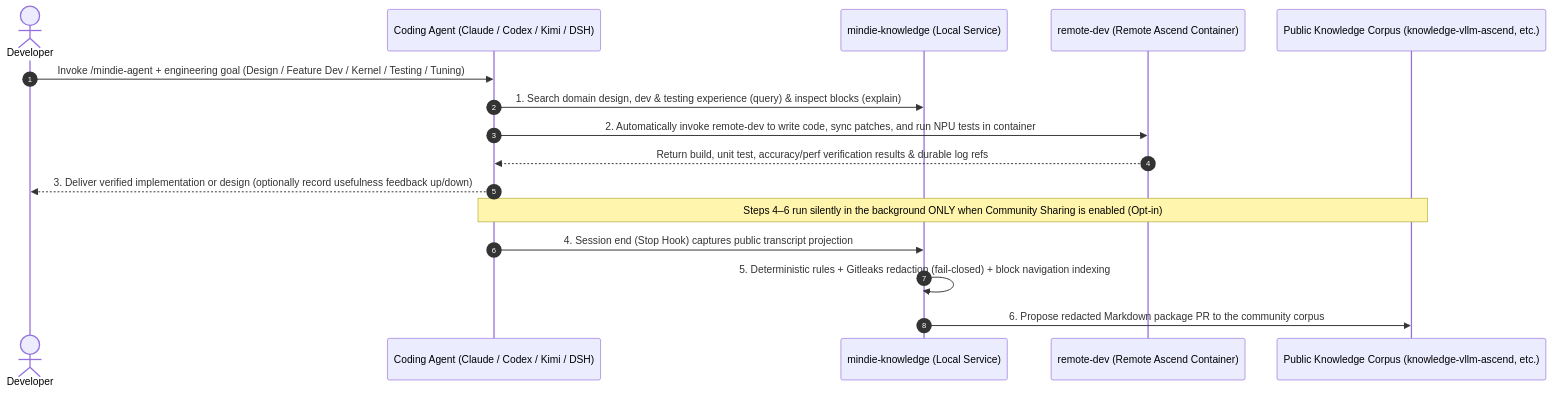
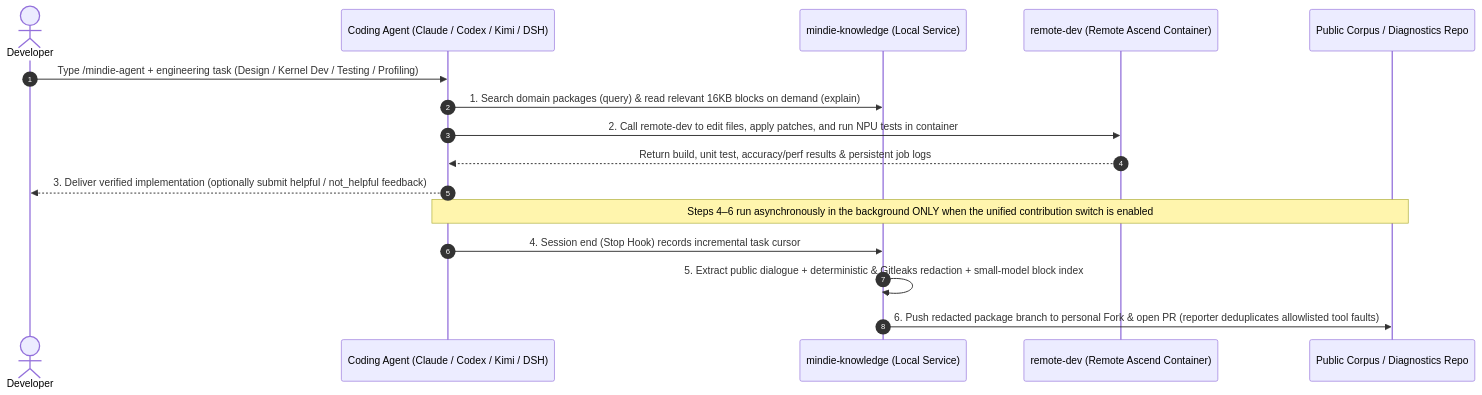
One commit to grandolantow/mindie-agent changed the second of 2 diagrams in README.en.md. Above: the diagram before and after it, drawn with Mermaid. The commit also changed other lines of this file and 15 other files, not shown here.

````diff
--- a/README.en.md
+++ b/README.en.md
@@ -219,19 +224,19 @@
 ```mermaid
 sequenceDiagram
   autonumber
   actor Dev as Developer
   participant Agent as Coding Agent (Claude / Codex / Kimi / DSH)
   participant Know as mindie-knowledge (Local Service)
   participant NPU as remote-dev (Remote Ascend Container)
-  participant Repo as Public Knowledge Corpus (knowledge-vllm-ascend, etc.)
+  participant Repo as Public Corpus / Diagnostics Repo
 
-  Dev->>Agent: Invoke /mindie-agent + engineering goal (Design / Feature Dev / Kernel / Testing / Tuning)
-  Agent->>Know: 1. Search domain design, dev & testing experience (query) & inspect blocks (explain)
-  Agent->>NPU: 2. Automatically invoke remote-dev to write code, sync patches, and run NPU tests in container
-  NPU-->>Agent: Return build, unit test, accuracy/perf verification results & durable log refs
-  Agent-->>Dev: 3. Deliver verified implementation or design (optionally record usefulness feedback up/down)
-  Note over Agent,Repo: Steps 4–6 run silently in the background ONLY when Community Sharing is enabled (Opt-in)
-  Agent->>Know: 4. Session end (Stop Hook) captures public transcript projection
-  Know->>Know: 5. Deterministic rules + Gitleaks redaction (fail-closed) + block navigation indexing
-  Know->>Repo: 6. Propose redacted Markdown package PR to the community corpus
+  Dev->>Agent: Type /mindie-agent + engineering task (Design / Kernel Dev / Testing / Profiling)
+  Agent->>Know: 1. Search domain packages (query) & read relevant 16KB blocks on demand (explain)
+  Agent->>NPU: 2. Call remote-dev to edit files, apply patches, and run NPU tests in container
+  NPU-->>Agent: Return build, unit test, accuracy/perf results & persistent job logs
+  Agent-->>Dev: 3. Deliver verified implementation (optionally submit helpful / not_helpful feedback)
+  Note over Agent,Repo: Steps 4–6 run asynchronously in the background ONLY when the unified contribution switch is enabled
+  Agent->>Know: 4. Session end (Stop Hook) records incremental task cursor
+  Know->>Know: 5. Extract public dialogue + deterministic & Gitleaks redaction + small-model block index
+  Know->>Repo: 6. Push redacted package branch to personal Fork & open PR (reporter deduplicates allowlisted tool faults)
 ```
````
